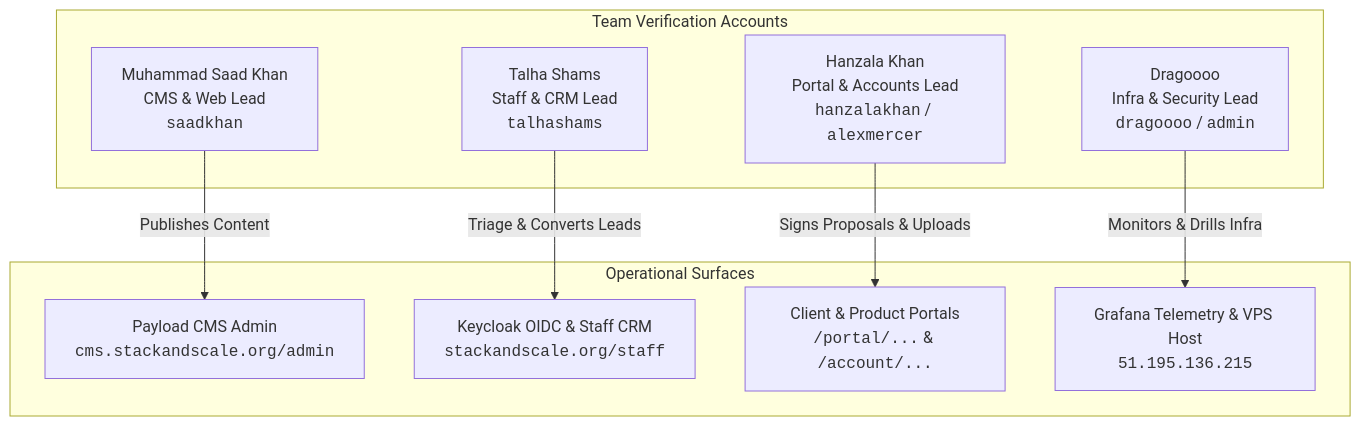
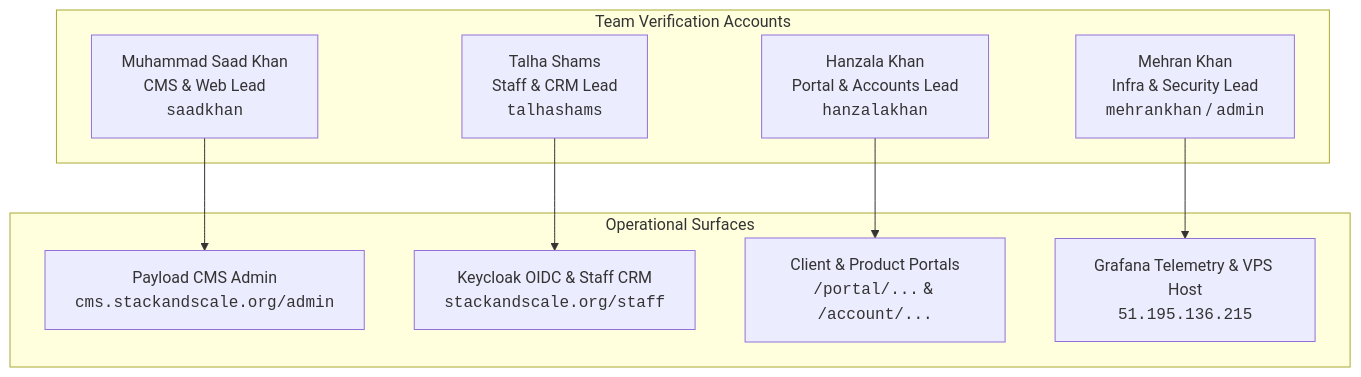
One commit to saadkhan2003/stack_and_scale changed the diagram in docs/qa/TEAM-CREDENTIALS-AND-ENVIRONMENT.md. Above: the diagram before and after it, drawn with Mermaid. The commit also changed other lines of this file and 4 other files, not shown here.

Commit message:
docs(qa): update Dragoooo to Mehran Khan and reflect purged dummy accounts

````diff
--- a/docs/qa/TEAM-CREDENTIALS-AND-ENVIRONMENT.md
+++ b/docs/qa/TEAM-CREDENTIALS-AND-ENVIRONMENT.md
@@ -30,21 +30,21 @@
 ```mermaid
 flowchart TD
     subgraph TEAM["Team Verification Accounts"]
         M1["Muhammad Saad Khan<br/>CMS & Web Lead<br/><code>saadkhan</code>"]
         M2["Talha Shams<br/>Staff & CRM Lead<br/><code>talhashams</code>"]
-        M3["Hanzala Khan<br/>Portal & Accounts Lead<br/><code>hanzalakhan</code> / <code>alexmercer</code>"]
-        M4["Dragoooo<br/>Infra & Security Lead<br/><code>dragoooo</code> / <code>admin</code>"]
+        M3["Hanzala Khan<br/>Portal & Accounts Lead<br/><code>hanzalakhan</code>"]
+        M4["Mehran Khan<br/>Infra & Security Lead<br/><code>mehrankhan</code> / <code>admin</code>"]
     end
 
     subgraph SURFACES["Operational Surfaces"]
         S1["Payload CMS Admin<br/><code>cms.stackandscale.org/admin</code>"]
         S2["Keycloak OIDC & Staff CRM<br/><code>stackandscale.org/staff</code>"]
         S3["Client & Product Portals<br/><code>/portal/...</code> & <code>/account/...</code>"]
         S4["Grafana Telemetry & VPS Host<br/><code>51.195.136.215</code>"]
     end
 
-    M1 -->|Publishes Content| S1
-    M2 -->|Triage & Converts Leads| S2
-    M3 -->|Signs Proposals & Uploads| S3
-    M4 -->|Monitors & Drills Infra| S4
+    M1 --> S1
+    M2 --> S2
+    M3 --> S3
+    M4 --> S4
 ```
````
